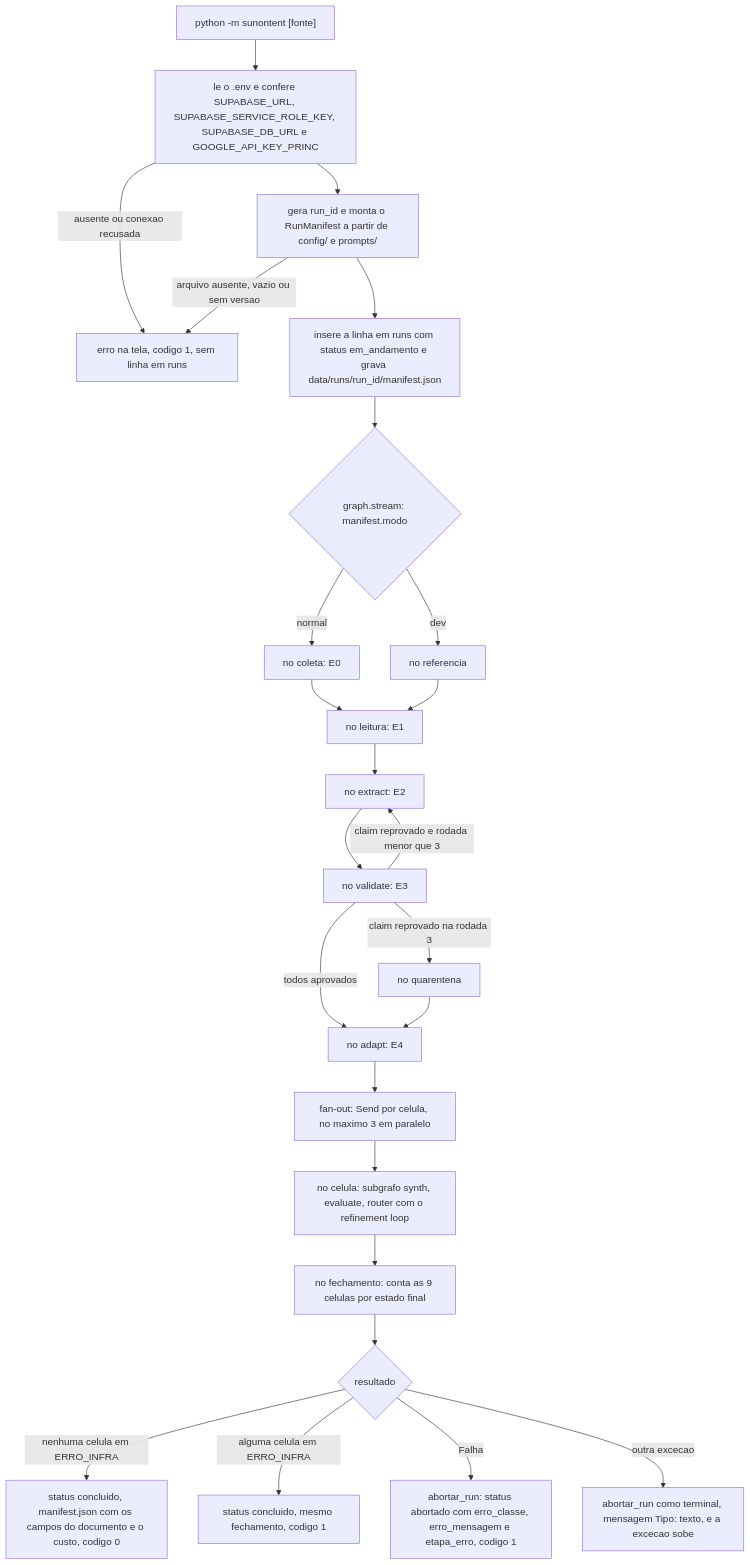
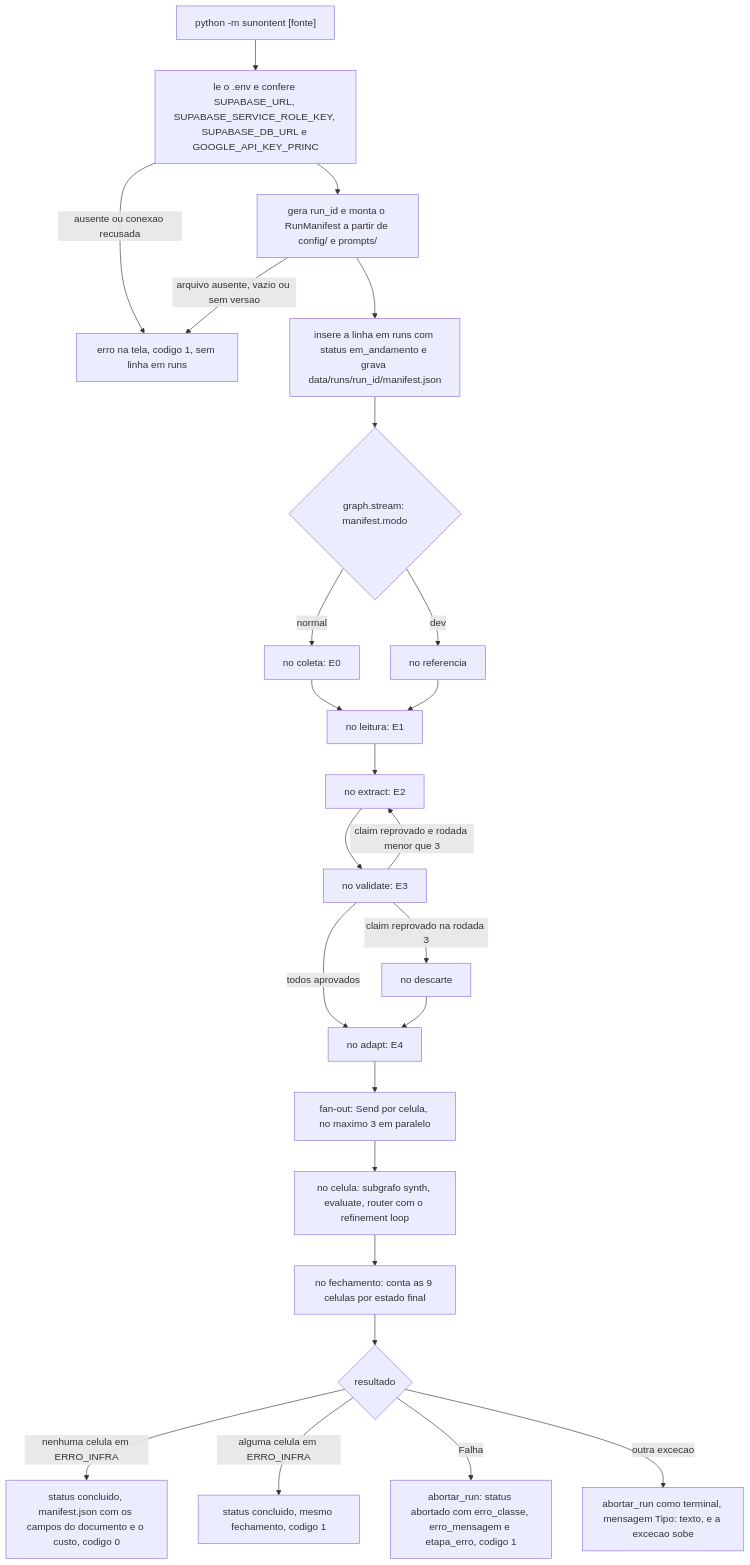
The diagram in docs/execucao.md (lcordeirokopke/Sunointent), drawn with Mermaid before and after one commit. The commit also changed other lines of this file and 43 other files, not shown here.

````diff
--- a/docs/execucao.md
+++ b/docs/execucao.md
@@ -19,27 +19,27 @@
 ```mermaid
 flowchart TD
     CLI["python -m sunontent [fonte]"] --> ENV["le o .env e confere SUPABASE_URL, SUPABASE_SERVICE_ROLE_KEY, SUPABASE_DB_URL e GOOGLE_API_KEY_PRINC"]
     ENV -->|"ausente ou conexao recusada"| PARA["erro na tela, codigo 1, sem linha em runs"]
     ENV --> MAN["gera run_id e monta o RunManifest a partir de config/ e prompts/"]
     MAN -->|"arquivo ausente, vazio ou sem versao"| PARA
     MAN --> RUN["insere a linha em runs com status em_andamento e grava data/runs/run_id/manifest.json"]
     RUN --> G{"graph.stream: manifest.modo"}
     G -->|"normal"| E0["no coleta: E0"]
     G -->|"dev"| REF["no referencia"]
     E0 --> E1["no leitura: E1"]
     REF --> E1
     E1 --> E2["no extract: E2"]
     E2 --> E3["no validate: E3"]
     E3 -->|"claim reprovado e rodada menor que 3"| E2
-    E3 -->|"claim reprovado na rodada 3"| QUA["no quarentena"]
+    E3 -->|"claim reprovado na rodada 3"| DES["no descarte"]
     E3 -->|"todos aprovados"| E4["no adapt: E4"]
-    QUA --> E4
+    DES --> E4
     E4 --> CEL["fan-out: Send por celula, no maximo 3 em paralelo"]
     CEL --> CE["no celula: subgrafo synth, evaluate, router com o refinement loop"]
     CE --> FEC["no fechamento: conta as 9 celulas por estado final"]
     FEC --> FIM{"resultado"}
     FIM -->|"nenhuma celula em ERRO_INFRA"| OK["status concluido, manifest.json com os campos do documento e o custo, codigo 0"]
     FIM -->|"alguma celula em ERRO_INFRA"| OK1["status concluido, mesmo fechamento, codigo 1"]
     FIM -->|"Falha"| AB["abortar_run: status abortado com erro_classe, erro_mensagem e etapa_erro, codigo 1"]
     FIM -->|"outra excecao"| AB2["abortar_run como terminal, mensagem Tipo: texto, e a excecao sobe"]
 ```
````
